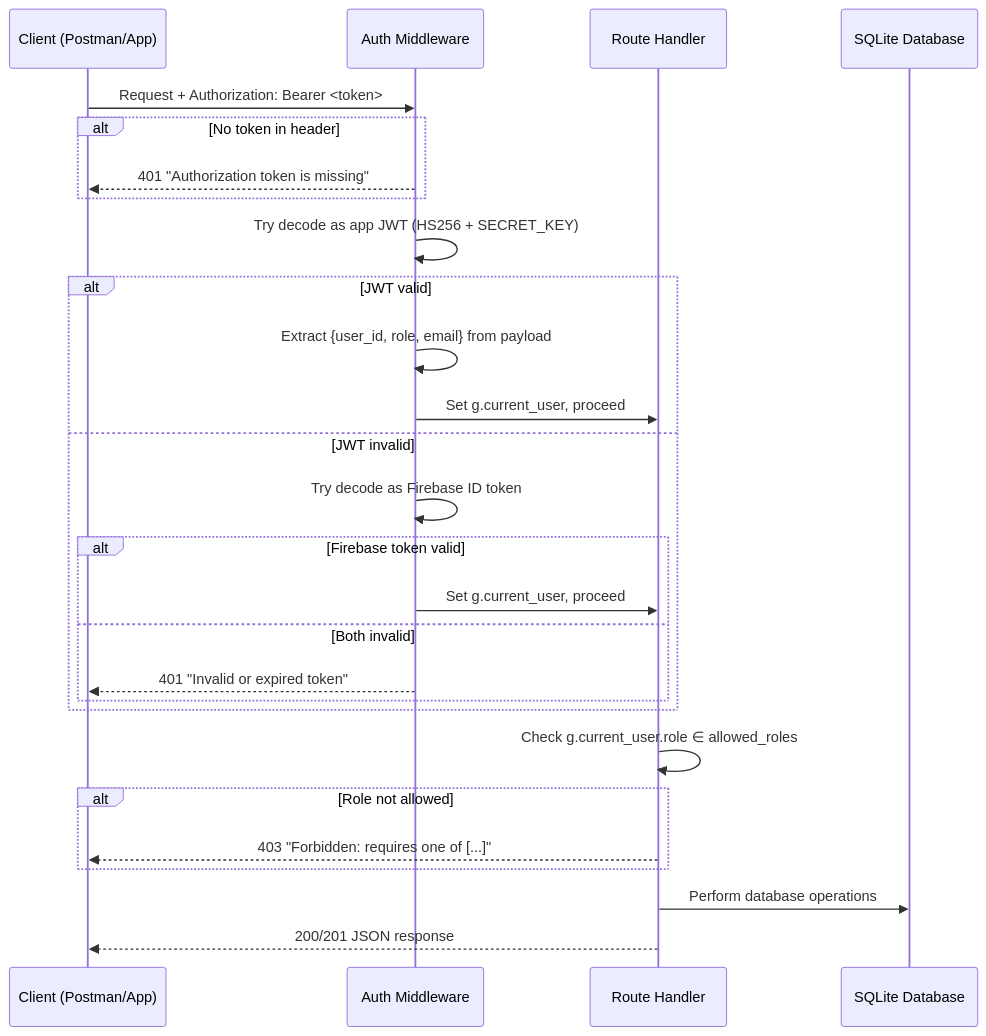
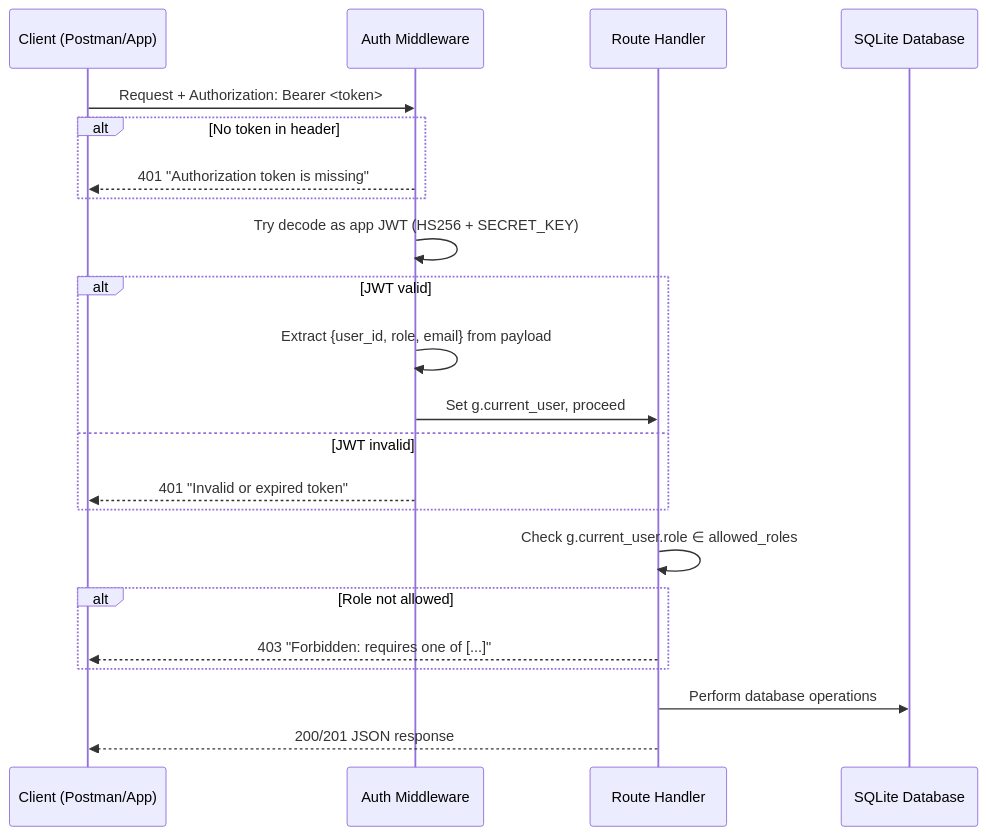
Before and after one commit to BishalLamichhane777/Project_Capstone: the second of 11 diagrams in Backend Sajak/backend/backend/PROJECT_FLOW.md, drawn with Mermaid. The commit also changed other lines of this file and 31 other files, not shown here.

````diff
--- a/Backend Sajak/backend/backend/PROJECT_FLOW.md
+++ b/Backend Sajak/backend/backend/PROJECT_FLOW.md
@@ -167,35 +166,30 @@
 ```mermaid
 sequenceDiagram
     participant Client as Client (Postman/App)
     participant MW as Auth Middleware
     participant Route as Route Handler
     participant DB as SQLite Database
 
     Client->>MW: Request + Authorization: Bearer <token>
     
     alt No token in header
         MW-->>Client: 401 "Authorization token is missing"
     end
 
     MW->>MW: Try decode as app JWT (HS256 + SECRET_KEY)
     
     alt JWT valid
         MW->>MW: Extract {user_id, role, email} from payload
         MW->>Route: Set g.current_user, proceed
     else JWT invalid
-        MW->>MW: Try decode as Firebase ID token
-        alt Firebase token valid
-            MW->>Route: Set g.current_user, proceed
-        else Both invalid
-            MW-->>Client: 401 "Invalid or expired token"
-        end
+        MW-->>Client: 401 "Invalid or expired token"
     end
 
     Route->>Route: Check g.current_user.role ∈ allowed_roles
     alt Role not allowed
         Route-->>Client: 403 "Forbidden: requires one of [...]"
     end
     
     Route->>DB: Perform database operations
     Route-->>Client: 200/201 JSON response
 ```
````
